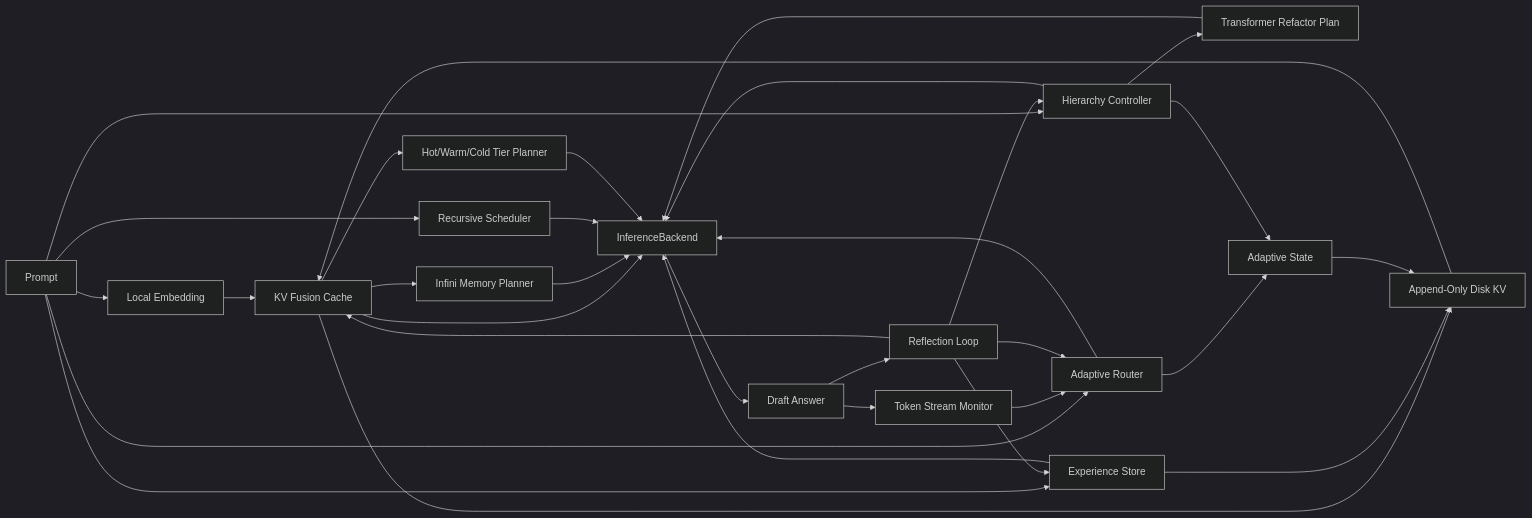
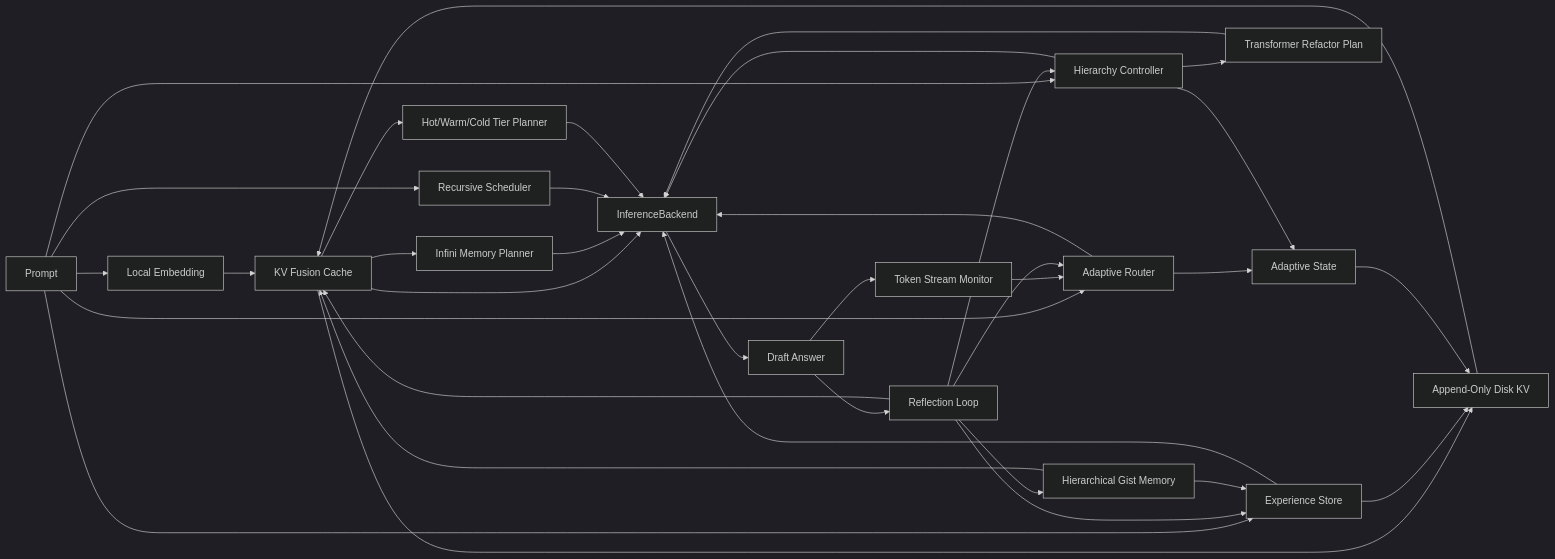
One commit to yanghao1143/rust-norion changed the diagram in README.md. Above: the diagram before and after it, drawn with Mermaid (dark theme). The commit also changed other lines of this file and 7 other files, not shown here.

Commit message:
Add hierarchical gist memory

````diff
--- a/README.md
+++ b/README.md
@@ -198,34 +199,37 @@
 ```mermaid
 flowchart LR
     Prompt[Prompt] --> Embed[Local Embedding]
     Embed --> Memory[KV Fusion Cache]
     Memory --> Infini[Infini Memory Planner]
     Memory --> DiskKV[Append-Only Disk KV]
     Memory --> Tiers[Hot/Warm/Cold Tier Planner]
     Prompt --> Router[Adaptive Router]
     Prompt --> Hierarchy[Hierarchy Controller]
     Prompt --> Recursive[Recursive Scheduler]
     Prompt --> Experience[Experience Store]
     Hierarchy --> Transformer[Transformer Refactor Plan]
     Memory --> Backend[InferenceBackend]
     Infini --> Backend
     Recursive --> Backend
     DiskKV --> Memory
     Tiers --> Backend
     Experience --> Backend
     Transformer --> Backend
     Router --> Backend
     Hierarchy --> Backend
     Backend --> Draft[Draft Answer]
     Draft --> Stream[Token Stream Monitor]
     Draft --> Reflect[Reflection Loop]
+    Reflect --> Gist[Hierarchical Gist Memory]
     Stream --> Router
     Reflect --> Experience[Experience Store]
     Reflect --> Memory
+    Gist --> Experience
+    Gist --> Memory
     Experience --> DiskKV
     Reflect --> Router
     Reflect --> Hierarchy
     Router --> Adaptive[Adaptive State]
     Hierarchy --> Adaptive
     Adaptive --> DiskKV
 ```
````
